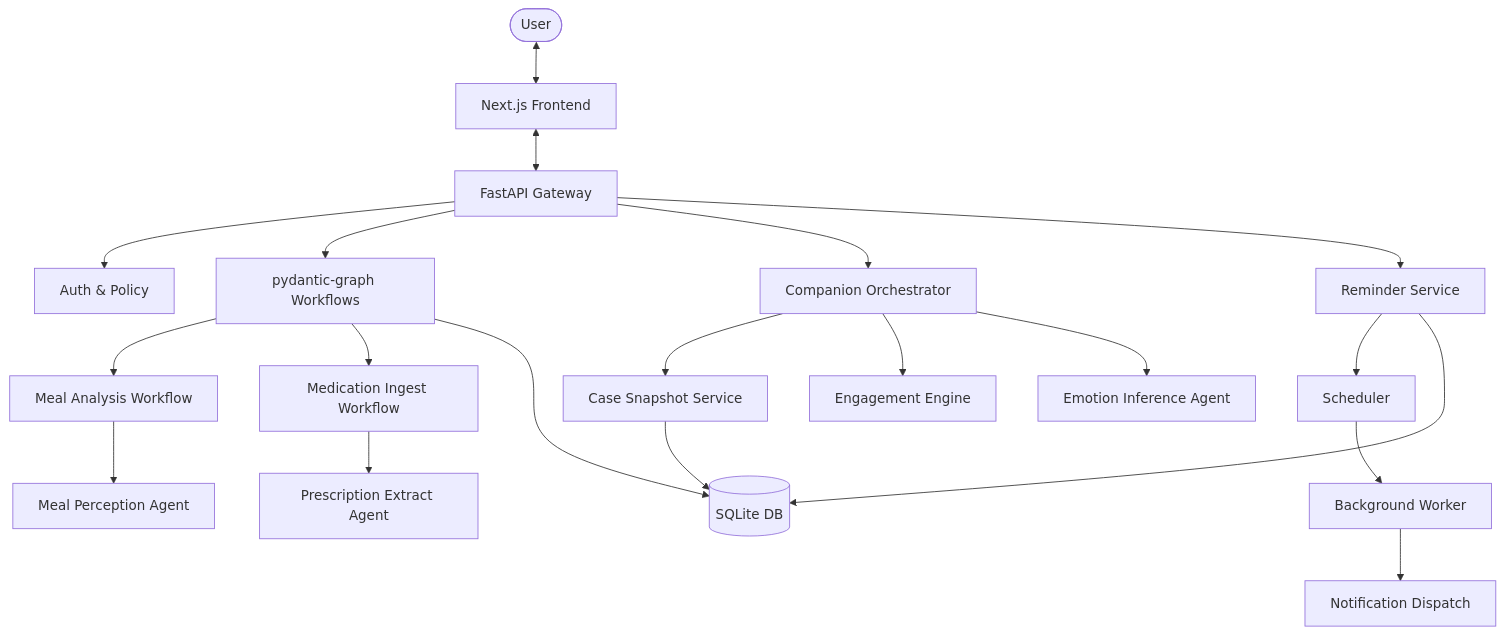
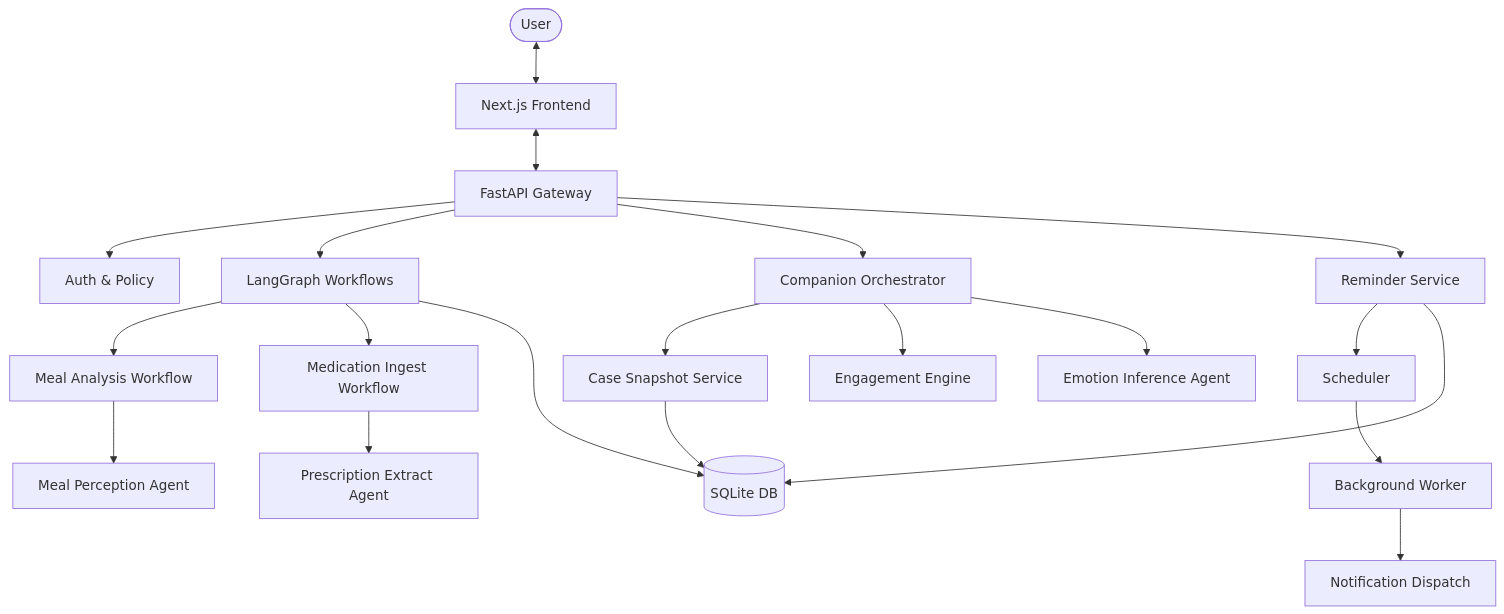
The first of 2 diagrams in docs/system_architecture.md (Fpengz/CarePilot), drawn with Mermaid before and after one commit. The commit also changed other lines of this file and 11 other files, not shown here.

Commit message:
docs(refactor): update system and agent documentation for event-driven architecture

````diff
--- a/docs/system_architecture.md
+++ b/docs/system_architecture.md
@@ -18,28 +18,28 @@
 ```mermaid
 flowchart TD
     User([User]) <--> Web[Next.js Frontend]
     Web <--> API[FastAPI Gateway]
     
     API --> Auth[Auth & Policy]
-    API --> Workflow[pydantic-graph Workflows]
+    API --> Workflow[LangGraph Workflows]
     
     Workflow --> MealFlow[Meal Analysis Workflow]
     Workflow --> MedFlow[Medication Ingest Workflow]
     
     MealFlow --> MealAgent[Meal Perception Agent]
     MedFlow --> MedAgent[Prescription Extract Agent]
     
     API --> CompService[Companion Orchestrator]
     CompService --> Snapshot[Case Snapshot Service]
     CompService --> Engage[Engagement Engine]
     CompService --> Emotion[Emotion Inference Agent]
     
     API --> Remind[Reminder Service]
     Remind --> Scheduler[Scheduler]
     Scheduler --> Worker[Background Worker]
     Worker --> Notif[Notification Dispatch]
     
     Snapshot --> DB[(SQLite DB)]
     Workflow --> DB
     Remind --> DB
 ```
````
